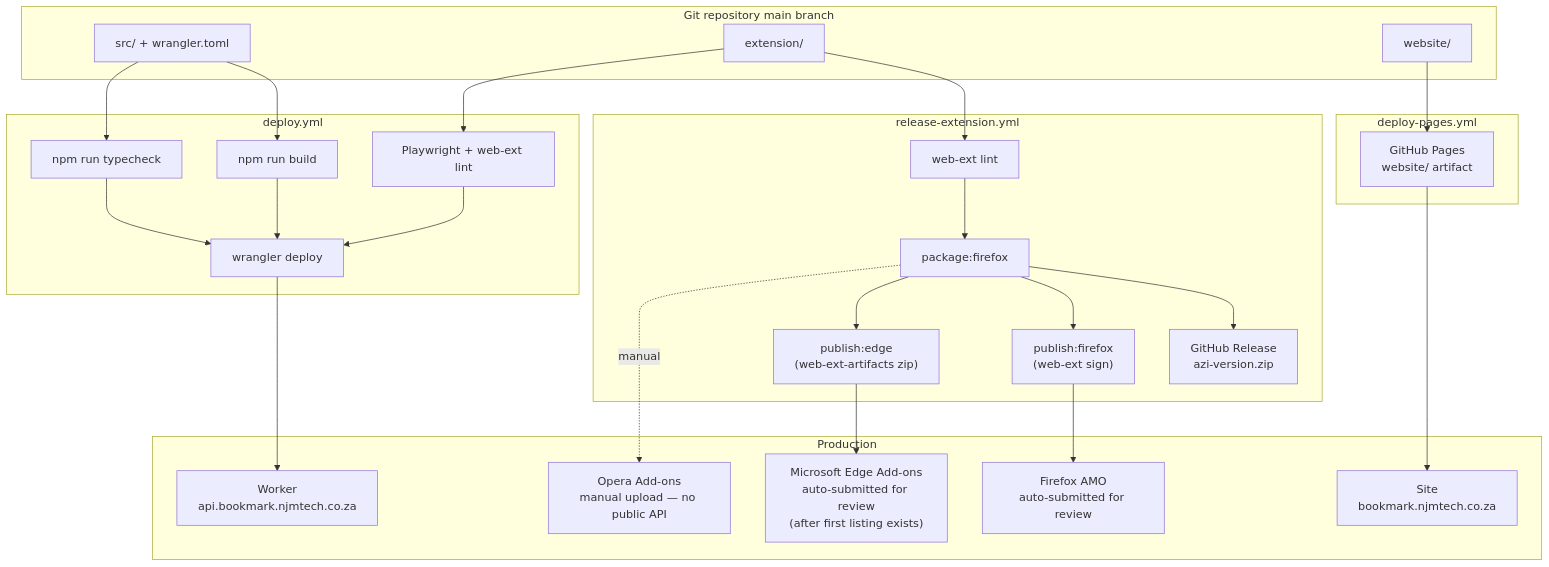
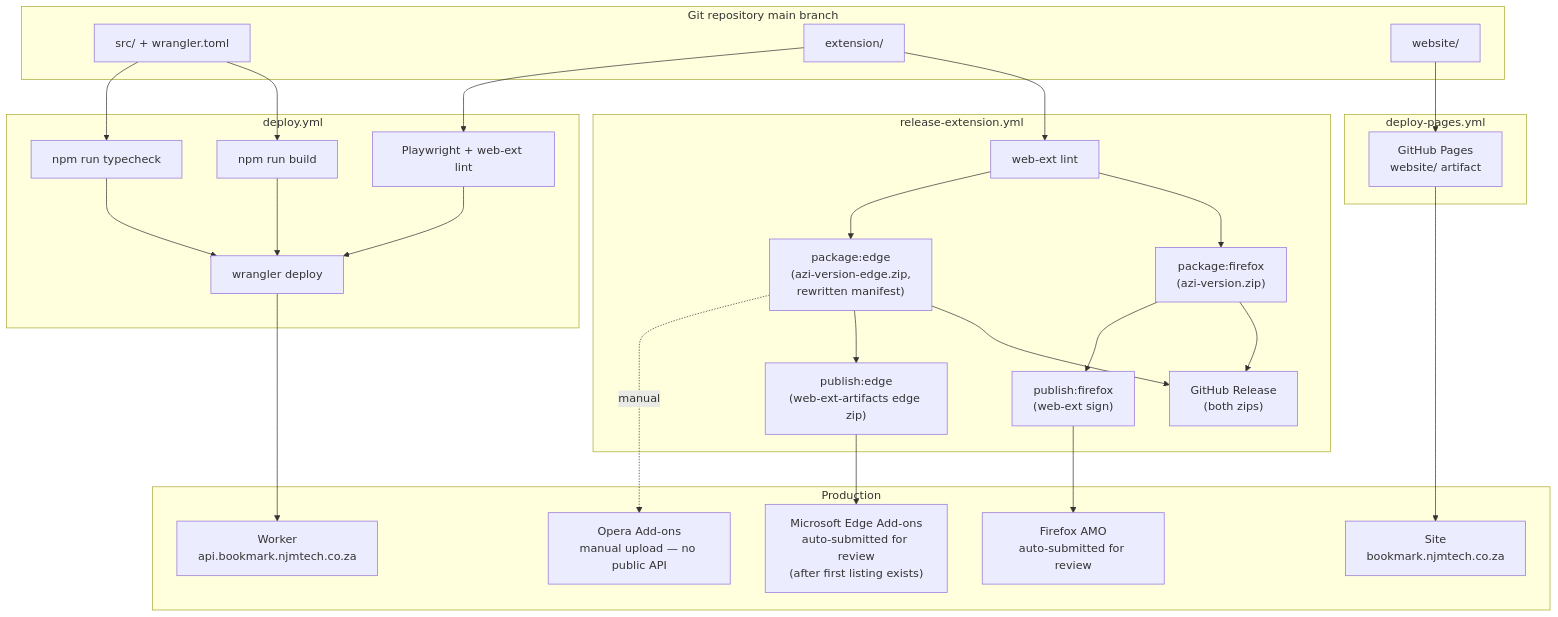
One commit to omoinjm/njmtech-cross-browser-bookmark changed the fourth of 4 diagrams in docs/README.md. Above: the diagram before and after it, drawn with Mermaid. The commit also changed other lines of this file and 5 other files, not shown here.

````diff
--- a/docs/README.md
+++ b/docs/README.md
@@ -129,53 +129,56 @@
 ```mermaid
 flowchart TB
   subgraph repo [Git repository main branch]
     srcCode["src/ + wrangler.toml"]
     extCode["extension/"]
     webCode["website/"]
   end
 
   subgraph ciWorker [deploy.yml]
     build["npm run build"]
     typecheck["npm run typecheck"]
     xbrowser["Playwright + web-ext lint"]
     wranglerDeploy["wrangler deploy"]
   end
 
   subgraph ciRelease [release-extension.yml]
     extLint["web-ext lint"]
-    extPack["package:firefox"]
-    ghRelease["GitHub Release\nazi-version.zip"]
-    edgeSubmit["publish:edge\n(web-ext-artifacts zip)"]
+    extPack["package:firefox\n(azi-version.zip)"]
+    edgePack["package:edge\n(azi-version-edge.zip,\nrewritten manifest)"]
+    ghRelease["GitHub Release\n(both zips)"]
+    edgeSubmit["publish:edge\n(web-ext-artifacts edge zip)"]
     amoSubmit["publish:firefox\n(web-ext sign)"]
   end
 
   subgraph ciPages [deploy-pages.yml]
     pagesDeploy["GitHub Pages\nwebsite/ artifact"]
   end
 
   subgraph prod [Production]
     workerProd["Worker\napi.bookmark.njmtech.co.za"]
     pagesProd["Site\nbookmark.njmtech.co.za"]
     amo["Firefox AMO\nauto-submitted for review"]
     edge["Microsoft Edge Add-ons\nauto-submitted for review\n(after first listing exists)"]
     opera["Opera Add-ons\nmanual upload — no public API"]
   end
 
   extCode --> extLint
   extLint --> extPack
+  extLint --> edgePack
   extPack --> ghRelease
+  edgePack --> ghRelease
   extPack --> amoSubmit --> amo
-  extPack --> edgeSubmit --> edge
-  extPack -.->|"manual"| opera
+  edgePack --> edgeSubmit --> edge
+  edgePack -.->|"manual"| opera
 
   srcCode --> build
   srcCode --> typecheck
   extCode --> xbrowser
   build --> wranglerDeploy
   typecheck --> wranglerDeploy
   xbrowser --> wranglerDeploy
   wranglerDeploy --> workerProd
 
   webCode --> pagesDeploy
   pagesDeploy --> pagesProd
 ```
````
